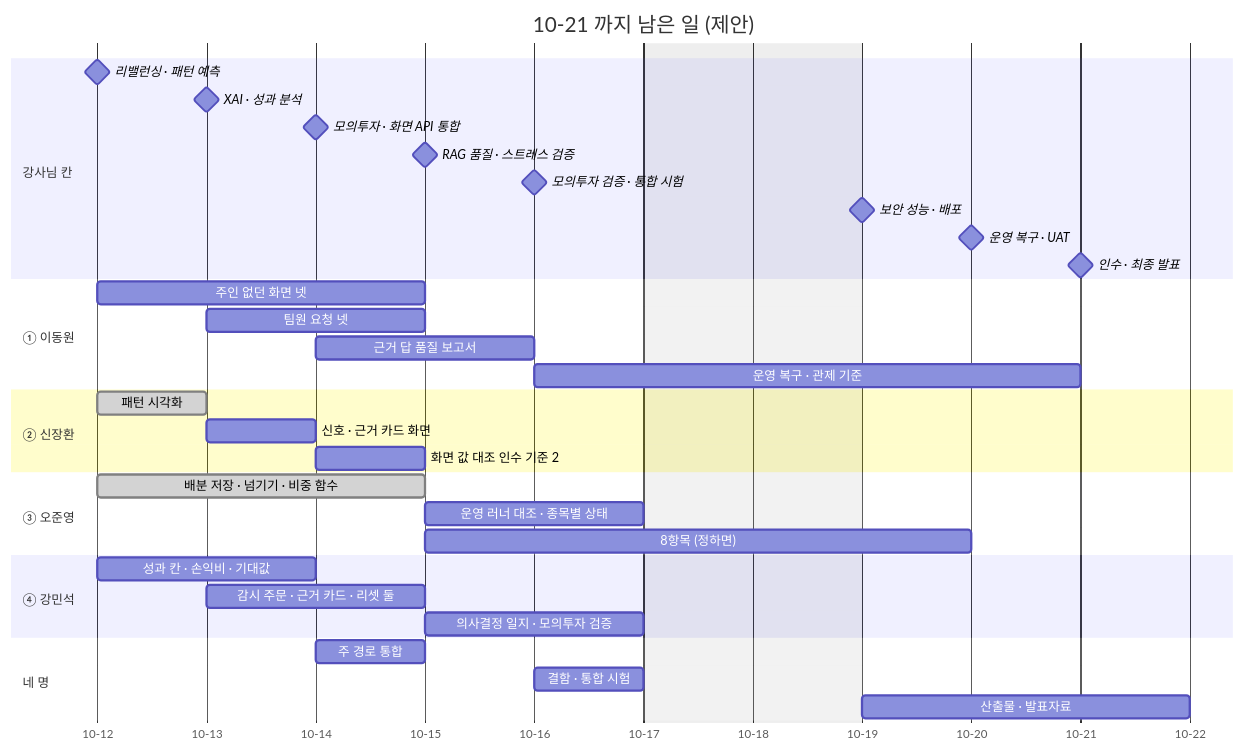
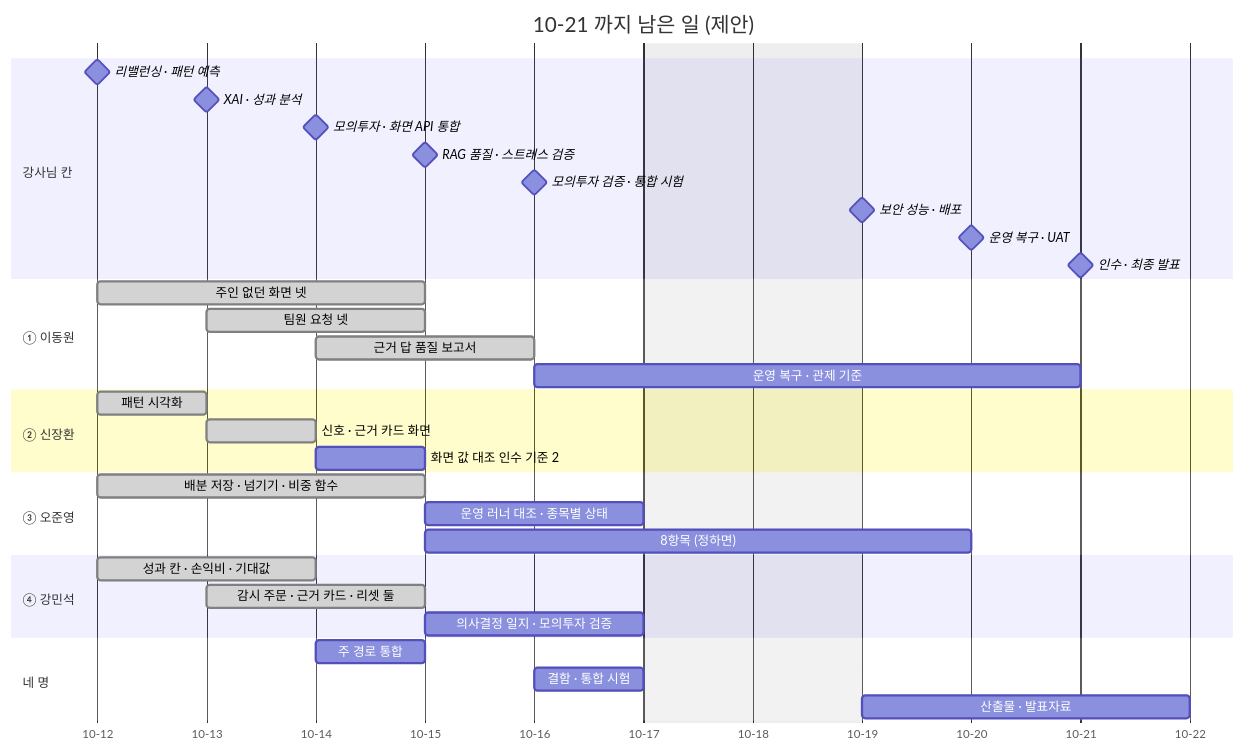
One commit to EST-team-project/Qurious changed the fourth of 4 diagrams in docs/github-archive/2026-10-12/이슈-2차-중간점검/00-본문.md. Above: the diagram before and after it, drawn with Mermaid. The commit also changed other lines of this file and 69 other files, not shown here.

````diff
--- a/docs/github-archive/2026-10-12/이슈-2차-중간점검/00-본문.md
+++ b/docs/github-archive/2026-10-12/이슈-2차-중간점검/00-본문.md
@@ -285,37 +287,37 @@
 ```mermaid
 gantt
   title 10-21 까지 남은 일 (제안)
   dateFormat YYYY-MM-DD
   axisFormat %m-%d
   excludes weekends
   section 강사님 칸
   리밸런싱 · 패턴 예측            :milestone, m1, 2026-10-12, 0d
   XAI · 성과 분석                 :milestone, m2, 2026-10-13, 0d
   모의투자 · 화면 API 통합        :milestone, m3, 2026-10-14, 0d
   RAG 품질 · 스트레스 검증         :milestone, m4, 2026-10-15, 0d
   모의투자 검증 · 통합 시험        :milestone, m5, 2026-10-16, 0d
   보안 성능 · 배포                :milestone, m6, 2026-10-19, 0d
   운영 복구 · UAT                 :milestone, m7, 2026-10-20, 0d
   인수 · 최종 발표                :milestone, m8, 2026-10-21, 0d
   section ① 이동원
-  주인 없던 화면 넷               :a1, 2026-10-12, 3d
-  팀원 요청 넷                    :a2, 2026-10-13, 2d
-  근거 답 품질 보고서             :a3, 2026-10-14, 2d
+  주인 없던 화면 넷               :done, a1, 2026-10-12, 3d
+  팀원 요청 넷                    :done, a2, 2026-10-13, 2d
+  근거 답 품질 보고서             :done, a3, 2026-10-14, 2d
   운영 복구 · 관제 기준           :a4, 2026-10-16, 3d
   section ② 신장환
   패턴 시각화                     :done, b1, 2026-10-12, 1d
-  신호 · 근거 카드 화면           :b2, 2026-10-13, 1d
+  신호 · 근거 카드 화면           :done, b2, 2026-10-13, 1d
   화면 값 대조 인수 기준 2       :b3, 2026-10-14, 1d
   section ③ 오준영
   배분 저장 · 넘기기 · 비중 함수   :done, c1, 2026-10-12, 3d
   운영 러너 대조 · 종목별 상태     :c2, 2026-10-15, 2d
   8항목 (정하면)                  :c3, 2026-10-15, 3d
   section ④ 강민석
-  성과 칸 · 손익비 · 기대값        :d1, 2026-10-12, 2d
-  감시 주문 · 근거 카드 · 리셋 둘  :d2, 2026-10-13, 2d
+  성과 칸 · 손익비 · 기대값        :done, d1, 2026-10-12, 2d
+  감시 주문 · 근거 카드 · 리셋 둘  :done, d2, 2026-10-13, 2d
   의사결정 일지 · 모의투자 검증    :d3, 2026-10-15, 2d
   section 네 명
   주 경로 통합                    :e1, 2026-10-14, 1d
   결함 · 통합 시험                :e2, 2026-10-16, 1d
   산출물 · 발표자료               :e3, 2026-10-19, 3d
 ```
````
